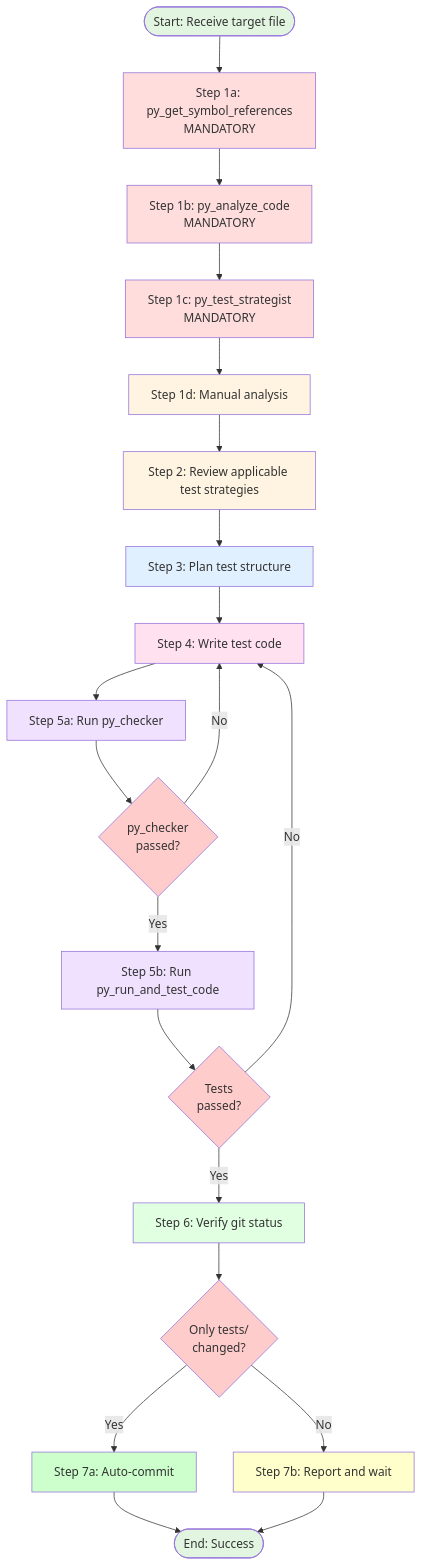
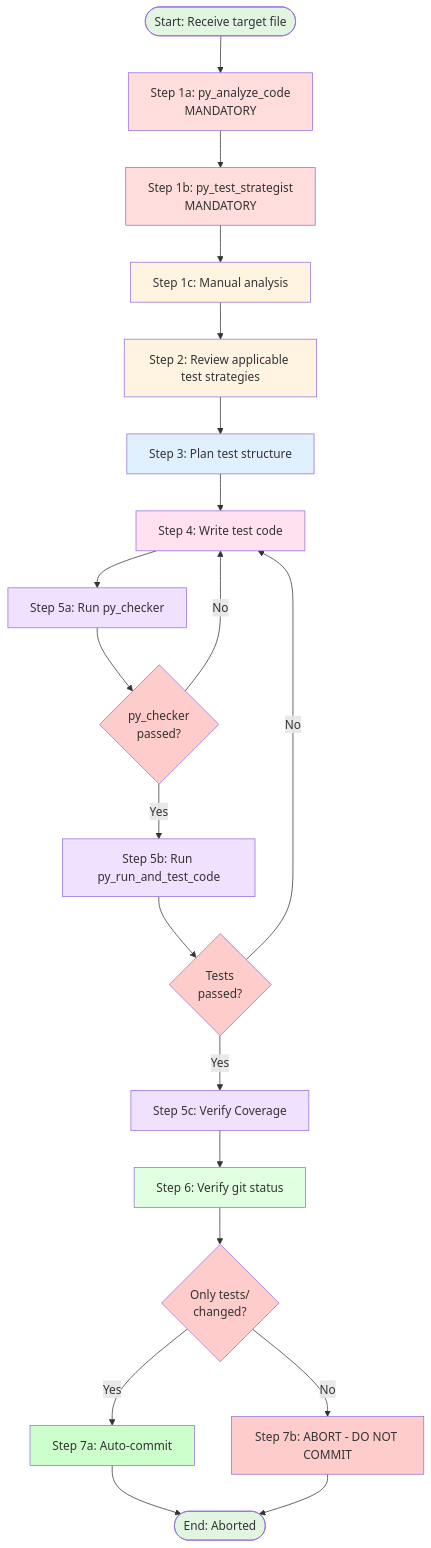
Before and after one commit to s-age/pipe: the diagram in procedures/python_unit_test_generation.md, drawn with Mermaid. The commit also changed other lines of this file and 1 other file, not shown here.

Commit message:
fix: allow validate_code.sh to handle positional arguments and pass them to pytest

````diff
--- a/procedures/python_unit_test_generation.md
+++ b/procedures/python_unit_test_generation.md
@@ -13,47 +13,48 @@
 ```mermaid
 graph TD
-    Start([Start: Receive target file]) --> Step1A[Step 1a: py_get_symbol_references<br/>MANDATORY]
-    Step1A --> Step1B[Step 1b: py_analyze_code<br/>MANDATORY]
-    Step1B --> Step1C[Step 1c: py_test_strategist<br/>MANDATORY]
-    Step1C --> Step1D[Step 1d: Manual analysis]
+    Start([Start: Receive target file]) --> Step1A[Step 1a: py_analyze_code<br/>MANDATORY]
+    Step1A --> Step1B[Step 1b: py_test_strategist<br/>MANDATORY]
+    Step1B --> Step1C[Step 1c: Manual analysis]
 
-    Step1D --> Step2[Step 2: Review applicable test strategies]
+    Step1C --> Step2[Step 2: Review applicable test strategies]
 
     Step2 --> Step3[Step 3: Plan test structure]
 
     Step3 --> Step4[Step 4: Write test code]
 
     Step4 --> Step5A[Step 5a: Run py_checker]
     Step5A --> CheckChecker{py_checker<br/>passed?}
     CheckChecker -- No --> Step4
     CheckChecker -- Yes --> Step5B[Step 5b: Run py_run_and_test_code]
 
     Step5B --> CheckTests{Tests<br/>passed?}
     CheckTests -- No --> Step4
-    CheckTests -- Yes --> Step6[Step 6: Verify git status]
+    CheckTests -- Yes --> Step5C[Step 5c: Verify Coverage]
+
+    Step5C --> Step6[Step 6: Verify git status]
 
     Step6 --> Step7{Only tests/<br/>changed?}
     Step7 -- Yes --> Commit[Step 7a: Auto-commit]
-    Step7 -- No --> Report[Step 7b: Report and wait]
+    Step7 -- No --> Report[Step 7b: ABORT - DO NOT COMMIT]
 
     Commit --> End([End: Success])
-    Report --> End
+    Report --> End([End: Aborted])
 
     style Start fill:#e1f5e1
     style End fill:#e1f5e1
     style Step1A fill:#ffdddd
     style Step1B fill:#ffdddd
-    style Step1C fill:#ffdddd
-    style Step1D fill:#fff4e1
+    style Step1C fill:#fff4e1
     style Step2 fill:#fff4e1
     style Step3 fill:#e1f0ff
     style Step4 fill:#ffe1f0
     style Step5A fill:#f0e1ff
     style Step5B fill:#f0e1ff
+    style Step5C fill:#f0e1ff
     style Step6 fill:#e1ffe1
     style CheckChecker fill:#ffcccc
     style CheckTests fill:#ffcccc
     style Step7 fill:#ffcccc
     style Commit fill:#ccffcc
-    style Report fill:#ffffcc
+    style Report fill:#ffcccc
 ```
````
